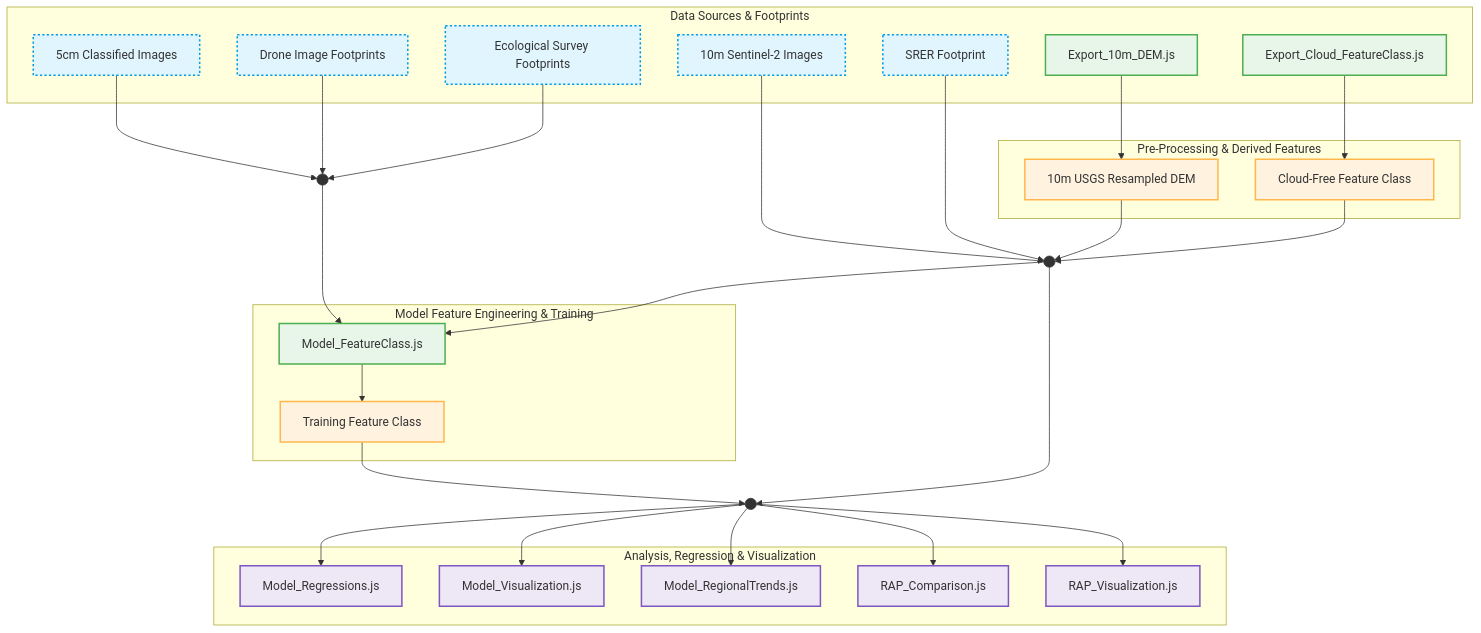
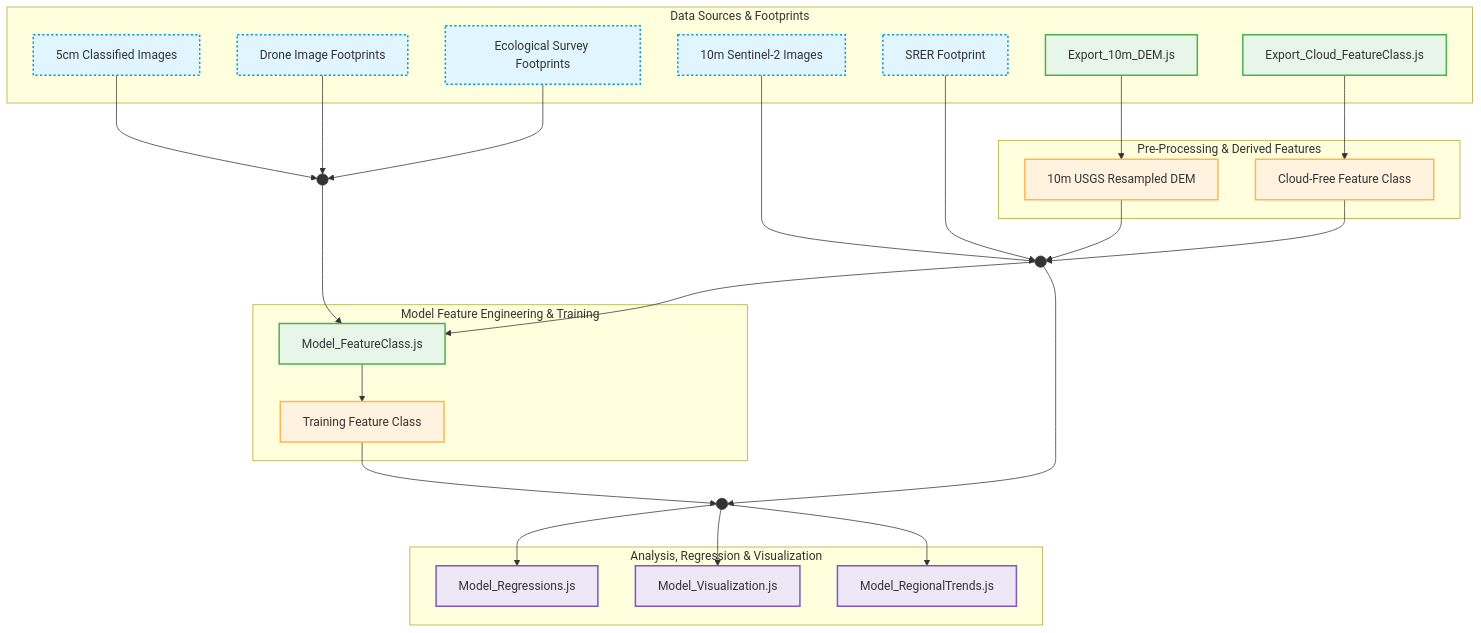
The diagram in README.md (afullhart/SantaRita), drawn with Mermaid before and after one commit. The commit also changed other lines of this file, not shown here.

Commit message:
Update README to remove RAP scripts
Removed references to RAP_Comparison.js and RAP_Visualization.js from the README.

````diff
--- a/README.md
+++ b/README.md
@@ -44,8 +44,6 @@
     O1["Model_Regressions.js"]
     O2["Model_Visualization.js"]
     O5["Model_RegionalTrends.js"]
-    O3["RAP_Comparison.js"]
-    O4["RAP_Visualization.js"]
   end
 
   %% --- FLOW CONNECTIONS ---
@@ -81,12 +79,10 @@
   J2 --> O1
   J2 --> O2
   J2 --> O5
-  J2 --> O3
-  J2 --> O4
 
   %% Assigning Classes for Visual Distinction
   class I1,I2,I3,I4,I5 input;
   class P1,P2,T1 intermediate;
   class S1,S2,S3 script;
-  class O1,O2,O3,O4,O5 output;
+  class O1,O2,O5 output;
 ```
````
